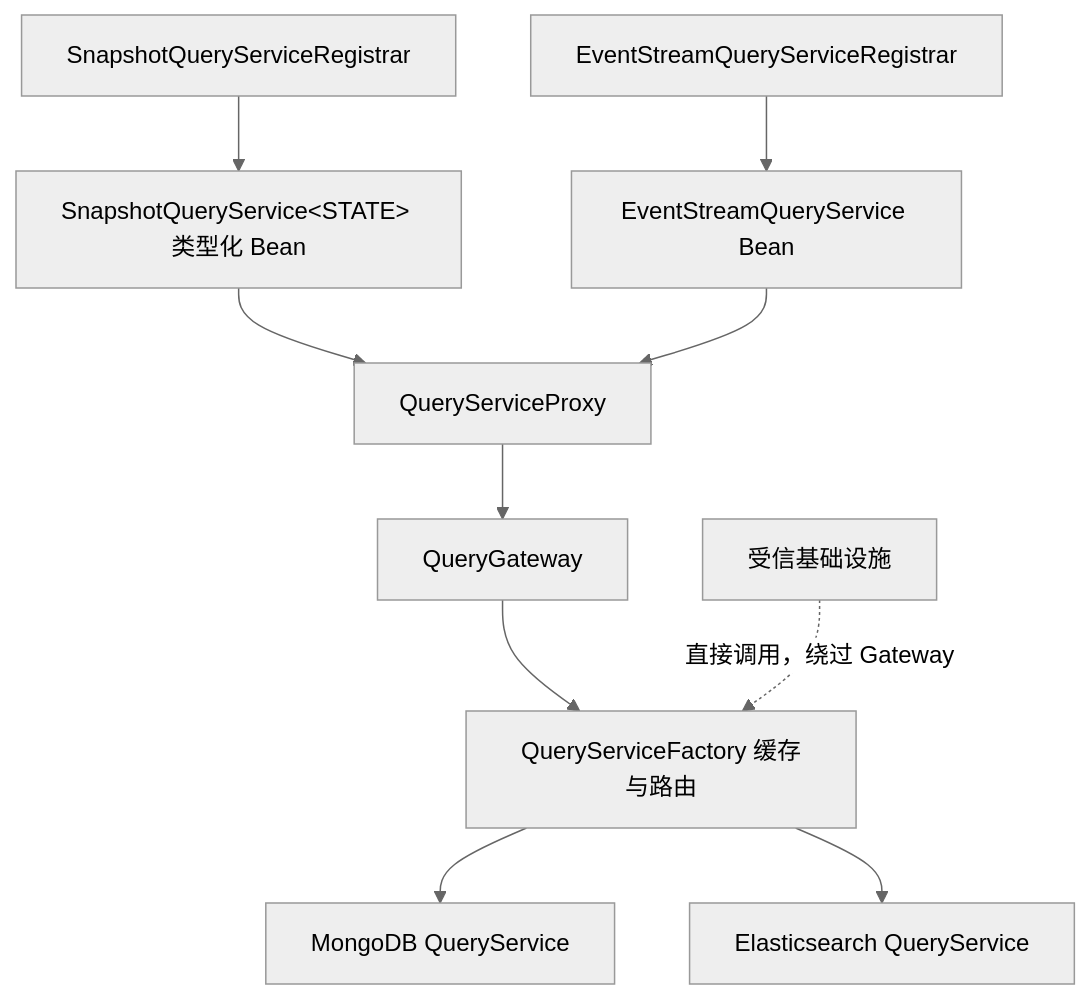
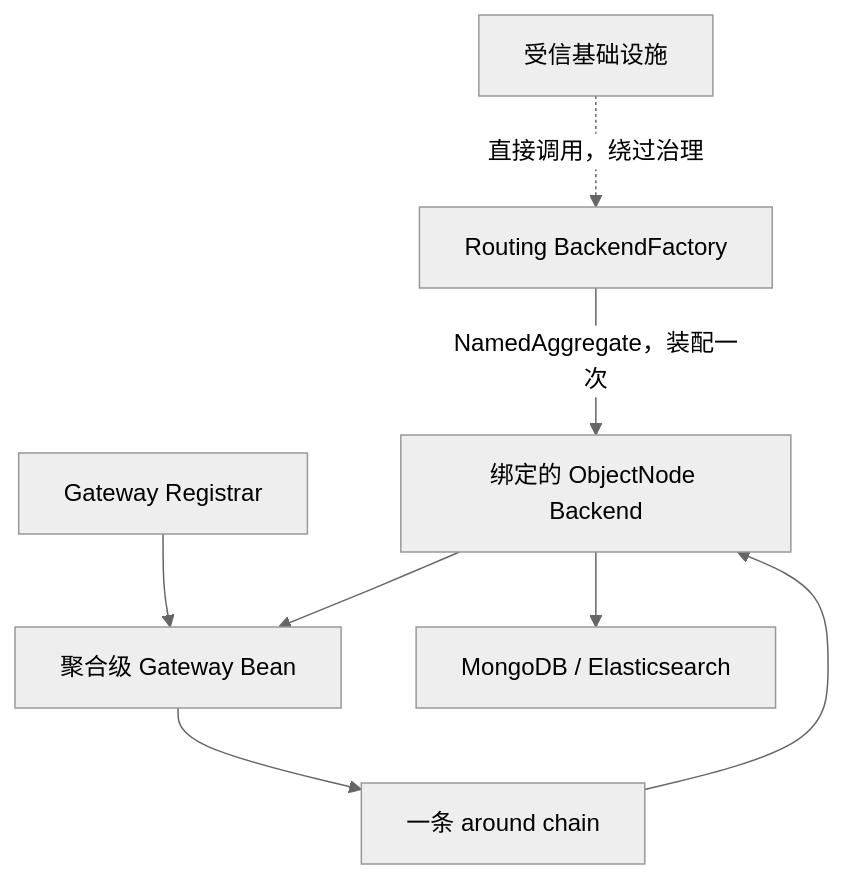
Before and after one commit to Ahoo-Wang/Wow: the diagram in documentation/docs/zh/guide/query/query-backend.md, drawn with Mermaid (neutral theme). The commit also changed other lines of this file and 248 other files, not shown here.

First line of the commit message:
refactor(query): introduce V9 query gateway backends (#3095)

````diff
--- a/documentation/docs/zh/guide/query/query-backend.md
+++ b/documentation/docs/zh/guide/query/query-backend.md
@@ -12,12 +18,10 @@
 ```mermaid
 flowchart TB
-    SnapshotRegistrar["SnapshotQueryServiceRegistrar"] --> SnapshotBean["SnapshotQueryService&lt;STATE&gt; 类型化 Bean"]
-    EventRegistrar["EventStreamQueryServiceRegistrar"] --> EventBean["EventStreamQueryService Bean"]
-    SnapshotBean --> Proxy["QueryServiceProxy"]
-    EventBean --> Proxy
-    Proxy --> Gateway["QueryGateway"]
-    Gateway --> Factory["QueryServiceFactory 缓存与路由"]
-    Factory --> Mongo["MongoDB QueryService"]
-    Factory --> Elastic["Elasticsearch QueryService"]
-    Infra["受信基础设施"] -. "直接调用，绕过 Gateway" .-> Factory
+    Route["Routing BackendFactory"] -->|"NamedAggregate，装配一次"| Backend["绑定的 ObjectNode Backend"]
+    Registrar["Gateway Registrar"] --> Gateway["聚合级 Gateway Bean"]
+    Backend --> Gateway
+    Gateway --> Chain["一条 around chain"]
+    Chain --> Backend
+    Backend --> Store["MongoDB / Elasticsearch"]
+    Infra["受信基础设施"] -. "直接调用，绕过治理" .-> Route
 ```
````
